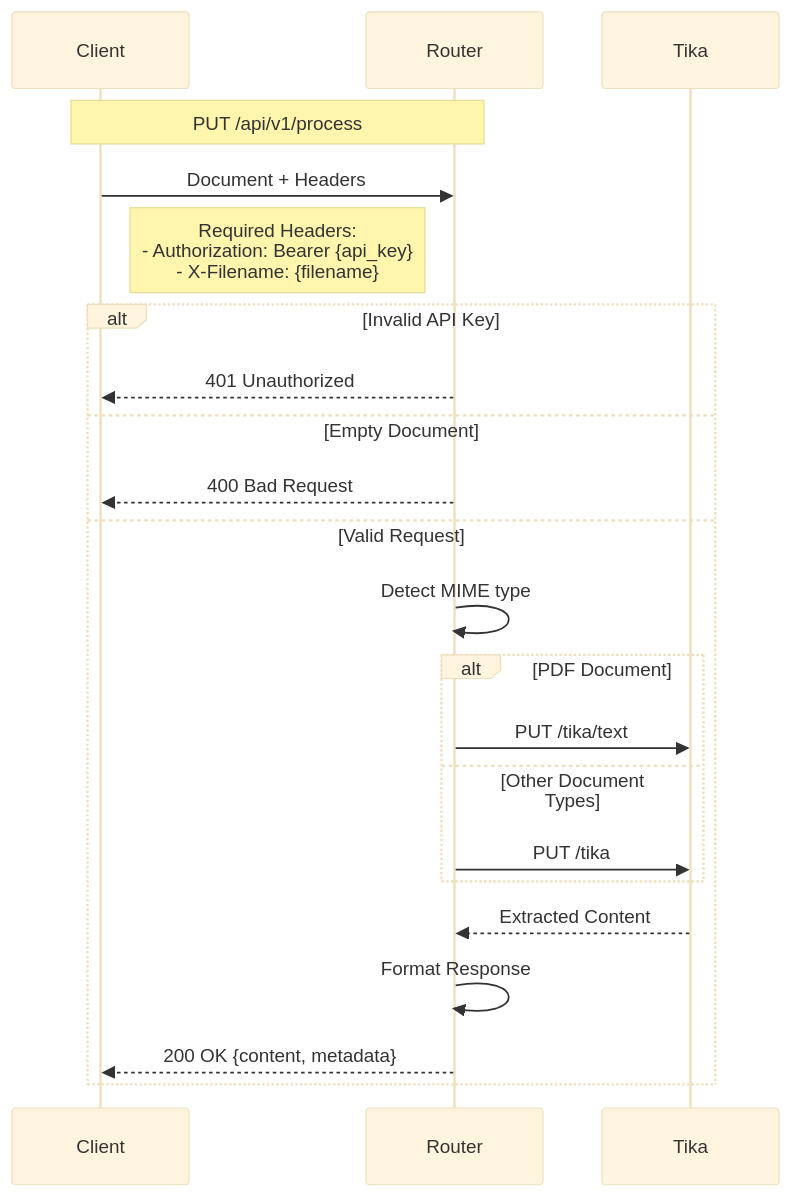
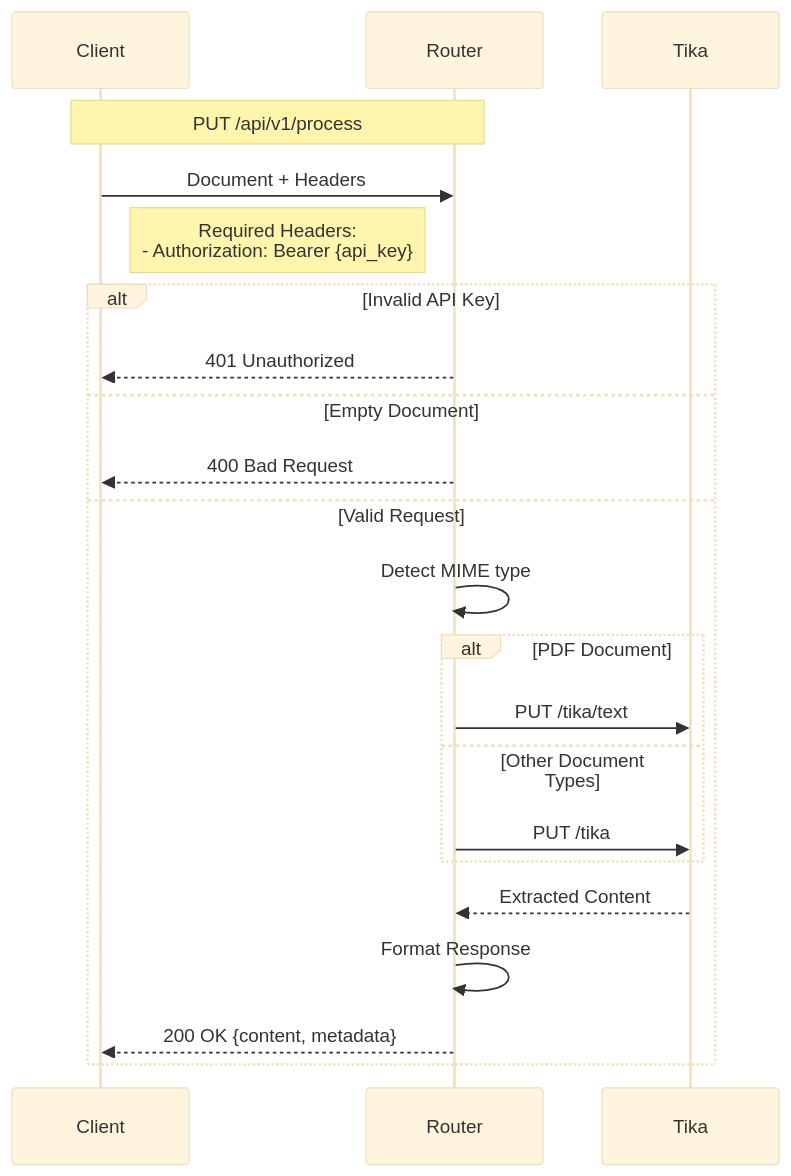
Before and after one commit to itk-ai/doc_ingestion_router: the second of 2 diagrams in README.md, drawn with Mermaid (base theme). The commit also changed other lines of this file, not shown here.

Commit message:
Fix details in readme

````diff
--- a/README.md
+++ b/README.md
@@ -192,22 +192,22 @@
 ```mermaid
 sequenceDiagram
    Note over Client,Router: PUT /api/v1/process
    Client->>Router: Document + Headers
-   Note right of Client: Required Headers:<br/>- Authorization: Bearer {api_key}<br/>- X-Filename: {filename}
+   Note right of Client: Required Headers:<br/>- Authorization: Bearer {api_key}
    
    alt Invalid API Key
        Router-->>Client: 401 Unauthorized
    else Empty Document
        Router-->>Client: 400 Bad Request
    else Valid Request
        Router->>Router: Detect MIME type
        alt PDF Document
            Router->>Tika: PUT /tika/text
        else Other Document Types
            Router->>Tika: PUT /tika
        end
        Tika-->>Router: Extracted Content
        Router->>Router: Format Response
        Router-->>Client: 200 OK {content, metadata}
    end
 ```
````
